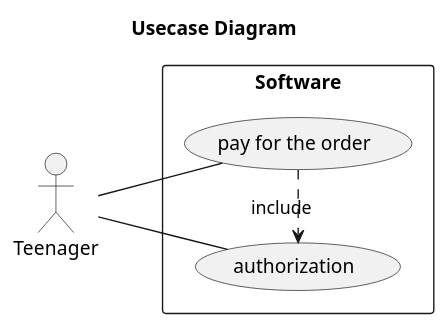
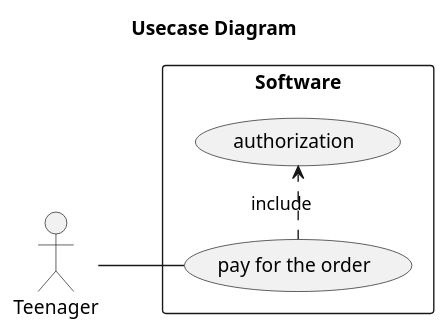
The diagram in 2-SoftwareDesign/2.7-PlantUML/UML-UseCase.puml (oleksandrblazhko/ai-216-perepelitsya), drawn with PlantUML before and after one commit.

```diff
--- a/2-SoftwareDesign/2.7-PlantUML/UML-UseCase.puml
+++ b/2-SoftwareDesign/2.7-PlantUML/UML-UseCase.puml
@@ -1,19 +1,18 @@
 @startuml
 
 title Usecase Diagram
 
 left to right direction
 
 actor Teenager
 
 rectangle Software {
 
     usecase (pay for the order)
     usecase (authorization)
 
    :Teenager: -- (pay for the order)
-   :Teenager: -- (authorization)
    (pay for the order) .> (authorization) : include
 }
 
 @enduml
```
